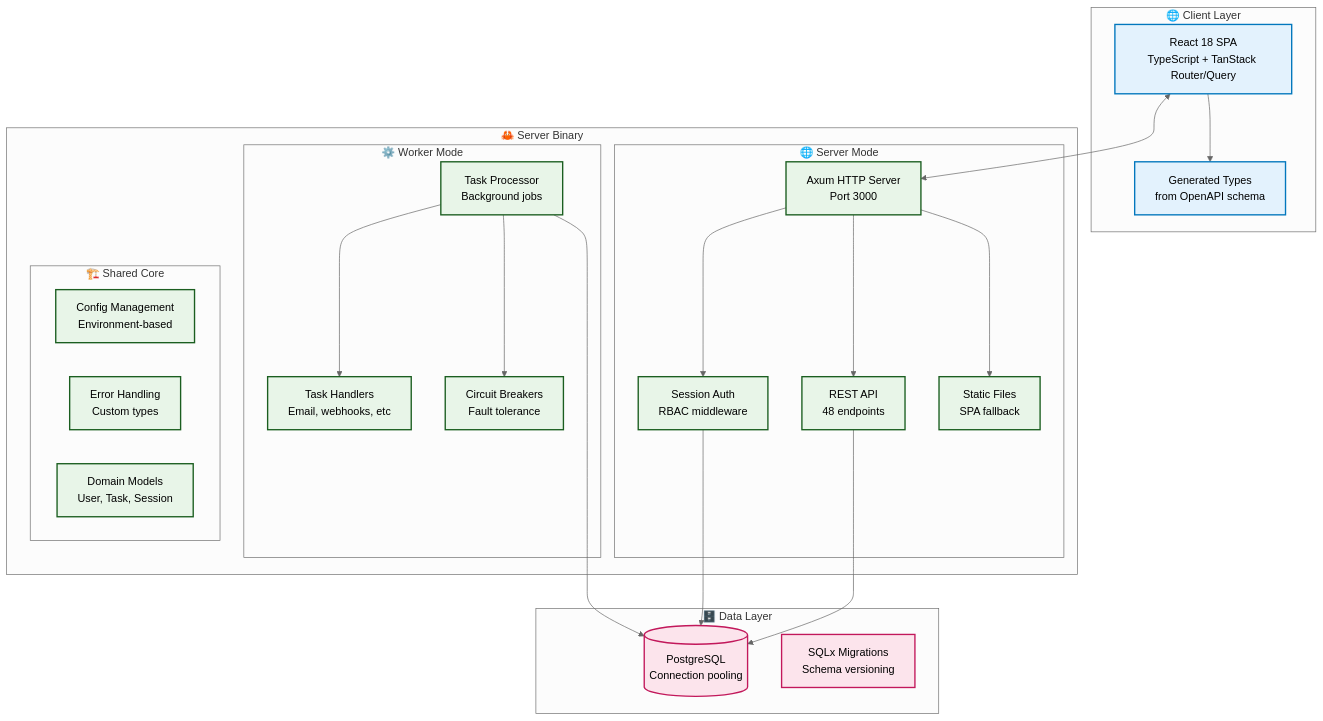
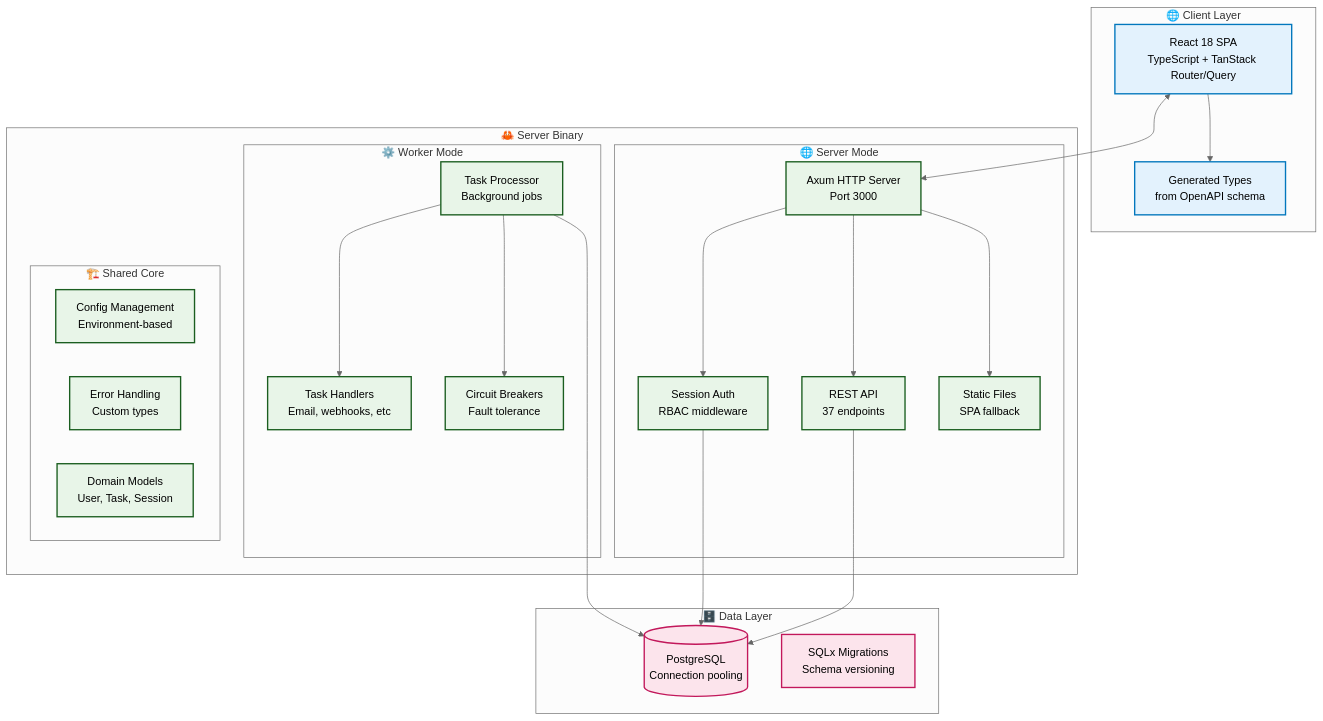
The second of 5 diagrams in docs/ARCHITECTURE-GUIDE.md (quanhua92/rust-fullstack-starter), drawn with Mermaid (neutral theme) before and after one commit. The commit also changed other lines of this file and 3 other files, not shown here.

````diff
--- a/docs/ARCHITECTURE-GUIDE.md
+++ b/docs/ARCHITECTURE-GUIDE.md
@@ -77,52 +77,52 @@
 ```mermaid
 graph TD
     subgraph "🌐 Client Layer"
         REACT[React 18 SPA<br/>TypeScript + TanStack Router/Query]
         TYPES[Generated Types<br/>from OpenAPI schema]
     end
     
     subgraph "🦀 Server Binary"
         subgraph "🌐 Server Mode"
             HTTP[Axum HTTP Server<br/>Port 3000]
             AUTH[Session Auth<br/>RBAC middleware]
-            ROUTES[REST API<br/>48 endpoints]
+            ROUTES[REST API<br/>37 endpoints]
             STATIC[Static Files<br/>SPA fallback]
         end
         
         subgraph "⚙️ Worker Mode"
             WORKER[Task Processor<br/>Background jobs]
             HANDLERS[Task Handlers<br/>Email, webhooks, etc]
             CIRCUIT[Circuit Breakers<br/>Fault tolerance]
         end
         
         subgraph "🏗️ Shared Core"
             CONFIG[Config Management<br/>Environment-based]
             ERROR[Error Handling<br/>Custom types]
             MODELS[Domain Models<br/>User, Task, Session]
         end
     end
     
     subgraph "🗄️ Data Layer"
         POSTGRES[(PostgreSQL<br/>Connection pooling)]
         MIGRATIONS[SQLx Migrations<br/>Schema versioning]
     end
     
     REACT <--> HTTP
     REACT --> TYPES
     HTTP --> AUTH
     HTTP --> ROUTES
     HTTP --> STATIC
     WORKER --> HANDLERS
     WORKER --> CIRCUIT
     AUTH --> POSTGRES
     ROUTES --> POSTGRES
     WORKER --> POSTGRES
     
     classDef client fill:#e3f2fd,stroke:#0277bd,stroke-width:2px
     classDef server fill:#e8f5e8,stroke:#1b5e20,stroke-width:2px
     classDef data fill:#fce4ec,stroke:#c2185b,stroke-width:2px
     
     class REACT,TYPES client
     class HTTP,AUTH,ROUTES,STATIC,WORKER,HANDLERS,CIRCUIT,CONFIG,ERROR,MODELS server
     class POSTGRES,MIGRATIONS data
 ```
````
